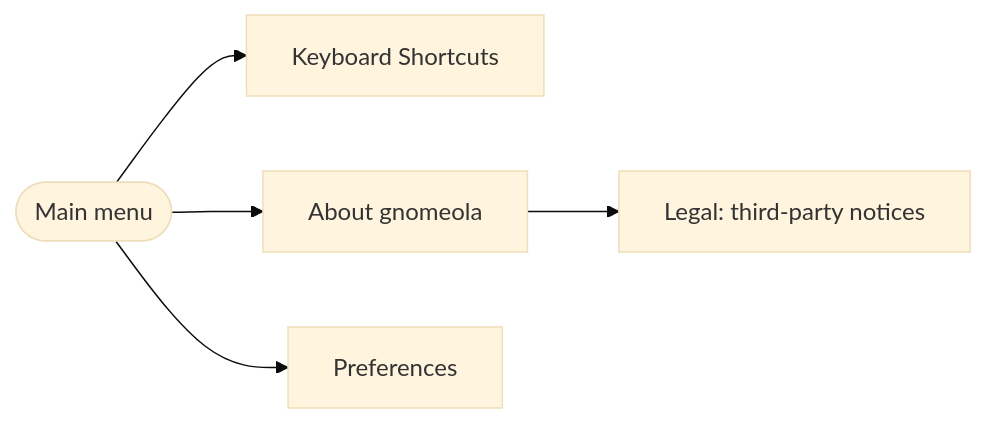
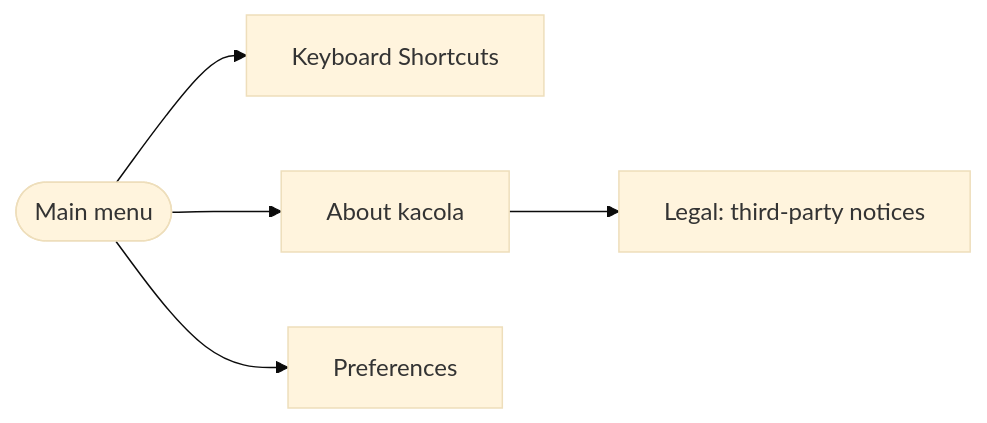
Diagram 26 of 44 in docs/user-stories.md (Kacper-Lubisz/kacola), drawn with Mermaid (base theme) before and after one commit. The commit also changed other lines of this file and 676 other files, not shown here.

First line of the commit message:
Rename gnomeola to kacola: packages, commands, ids, env vars, paths and text

````diff
--- a/docs/user-stories.md
+++ b/docs/user-stories.md
@@ -685,11 +685,11 @@
 ```mermaid
 flowchart LR
   A([Main menu]) --> B[Keyboard Shortcuts]
-  A --> C[About gnomeola]
+  A --> C[About kacola]
   C --> D[Legal: third-party notices]
   A --> E[Preferences]
   %% shot: A = help-about__menu__main-menu
   %% shot: B = help-about__shortcuts__dialog
   %% shot: C = help-about__about__dialog
   %% shot: D = help-about__legal__notices
 ```
````
